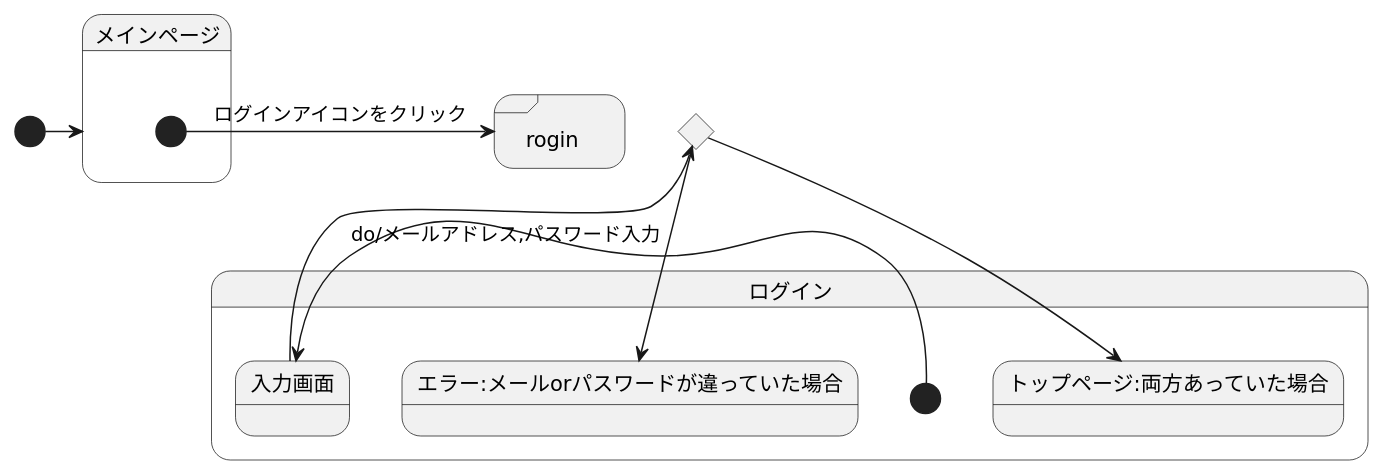
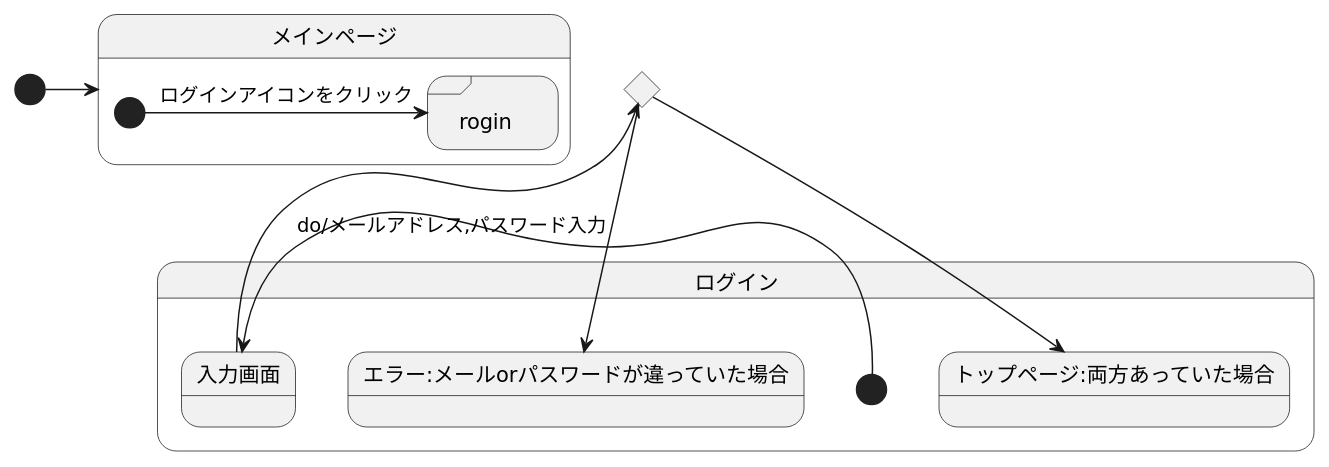
One commit to akutori/T-D-E changed the diagram in UML.md. Above: the diagram before and after it, drawn with PlantUML.

````diff
--- a/UML.md
+++ b/UML.md
@@ -1,24 +1,25 @@
 ```uml
 @startuml
-state "rogin" <<sdlreceive>>
+
 state input <<choice>>
 
 
 [*]->メインページ
 state メインページ{
+state rogin
     [*]-> rogin : ログインアイコンをクリック
 
 }
 state "rogin" <<sdlreceive>> 
 state input <<choice>>
 state ログイン{
     [*]-> 入力画面:do/メールアドレス,パスワード入力
     入力画面-->input
     input --> エラー:メールorパスワードが違っていた場合
     input --> トップページ:両方あっていた場合
 }
 
 
 
 @enduml
 ```
````
